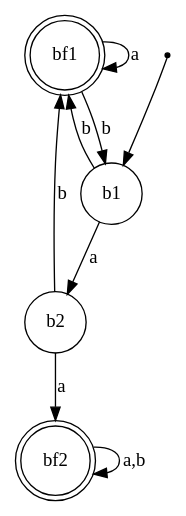
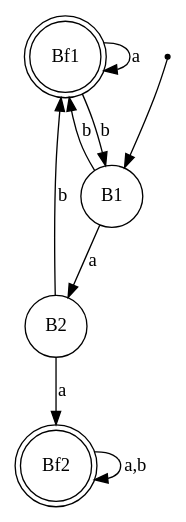
One commit to Caramelo18/COMP-Project changed the diagram in B.dot. Above: the diagram before and after it, drawn with Graphviz. The commit also changed 4 other files, not shown here.

```diff
--- a/B.dot
+++ b/B.dot
@@ -1,15 +1,15 @@
 digraph finite_state_machine {
-    node [shape = doublecircle]; bf1;
-    node [shape = doublecircle]; bf2;
-    node [shape = point ]; bi;
+    node [shape = doublecircle]; Bf1;
+    node [shape = doublecircle]; Bf2;
+    node [shape = point ]; Bi;
 
     node [shape = circle];
-    bi -> b1;
-    b1 -> b2 [ label = "a" ];
-    b1 -> bf1 [ label = "b" ];
-    b2 -> bf2 [ label = "a" ];
-    b2 -> bf1 [ label = "b" ];
-    bf1 -> bf1 [ label = "a" ];
-    bf1 -> b1 [ label = "b" ];
-    bf2 -> bf2 [ label = "a,b" ];
+    Bi -> B1;
+    B1 -> B2 [ label = "a" ];
+    B1 -> Bf1 [ label = "b" ];
+    B2 -> Bf2 [ label = "a" ];
+    B2 -> Bf1 [ label = "b" ];
+    Bf1 -> Bf1 [ label = "a" ];
+    Bf1 -> B1 [ label = "b" ];
+    Bf2 -> Bf2 [ label = "a,b" ];
 }
```
